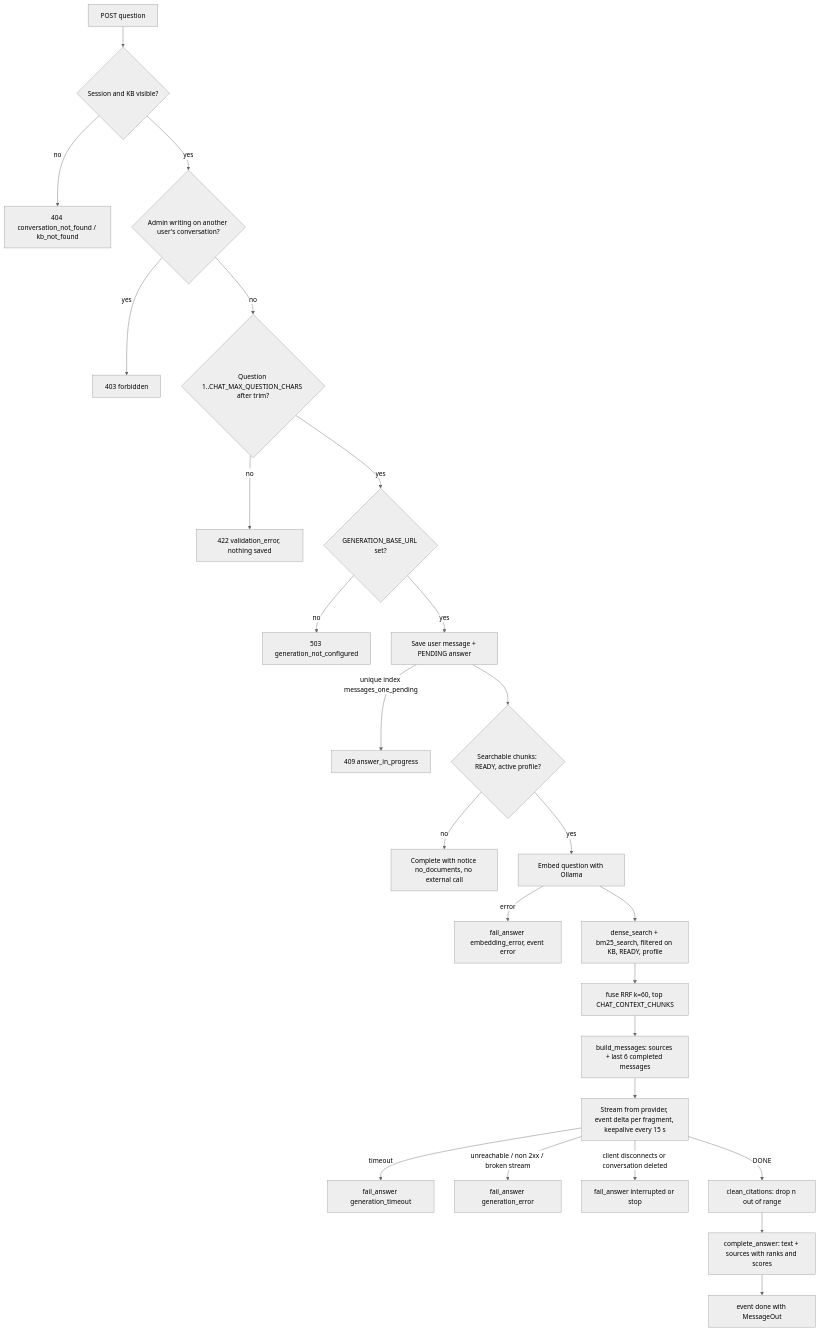
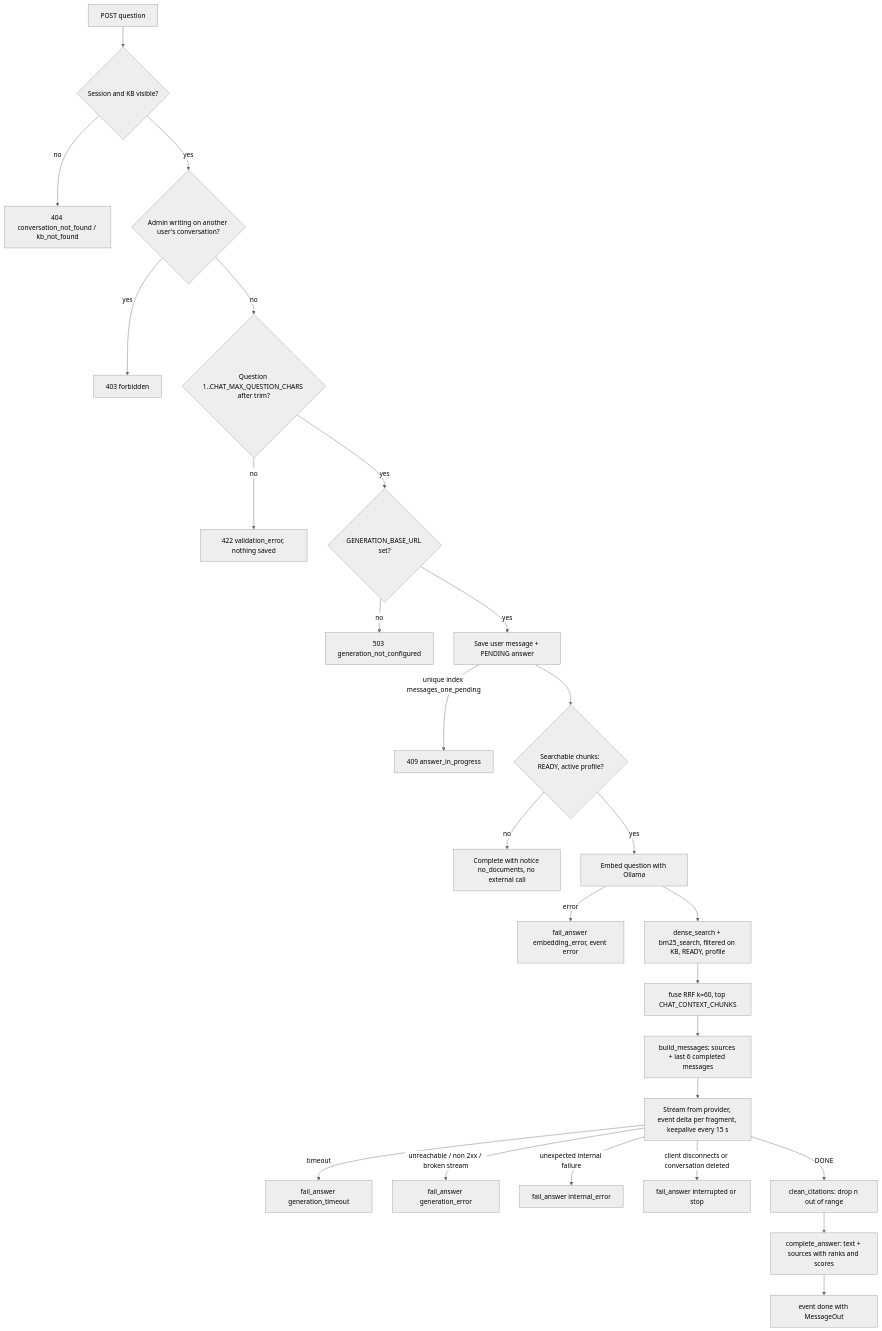
The diagram in docs/specs/2026-11-17-fase-3-chat/plan.md (jumping2000/advancedRAG), drawn with Mermaid (neutral theme) before and after one commit. The commit also changed other lines of this file and 1 other file, not shown here.

First line of the commit message:
Revise SPEC-2026-11-17-fase-3-chat (2): REQ-006 history excludes every exchange without a completed answer with text, AC-021 wording, plan aligned with the code of T-03

````diff
--- a/docs/specs/2026-11-17-fase-3-chat/plan.md
+++ b/docs/specs/2026-11-17-fase-3-chat/plan.md
@@ -198,27 +202,28 @@
 ```mermaid
 flowchart TD
     A[POST question] --> B{Session and KB visible?}
     B -- no --> B1[404 conversation_not_found / kb_not_found]
     B -- yes --> C{Admin writing on another user's conversation?}
     C -- yes --> C1[403 forbidden]
     C -- no --> D{Question 1..CHAT_MAX_QUESTION_CHARS after trim?}
     D -- no --> D1[422 validation_error, nothing saved]
     D -- yes --> E{GENERATION_BASE_URL set?}
     E -- no --> E1[503 generation_not_configured]
     E -- yes --> F[Save user message + PENDING answer]
     F -- unique index messages_one_pending --> F1[409 answer_in_progress]
     F --> G{Searchable chunks: READY, active profile?}
     G -- no --> G1[Complete with notice no_documents, no external call]
     G -- yes --> H[Embed question with Ollama]
     H -- error --> X[fail_answer embedding_error, event error]
     H --> I[dense_search + bm25_search, filtered on KB, READY, profile]
     I --> J[fuse RRF k=60, top CHAT_CONTEXT_CHUNKS]
     J --> K[build_messages: sources + last 6 completed messages]
     K --> L[Stream from provider, event delta per fragment, keepalive every 15 s]
     L -- timeout --> X2[fail_answer generation_timeout]
     L -- unreachable / non 2xx / broken stream --> X3[fail_answer generation_error]
+    L -- unexpected internal failure --> X5[fail_answer internal_error]
     L -- client disconnects or conversation deleted --> X4[fail_answer interrupted or stop]
     L -- DONE --> M[clean_citations: drop n out of range]
     M --> N[complete_answer: text + sources with ranks and scores]
     N --> O[event done with MessageOut]
 ```
````
